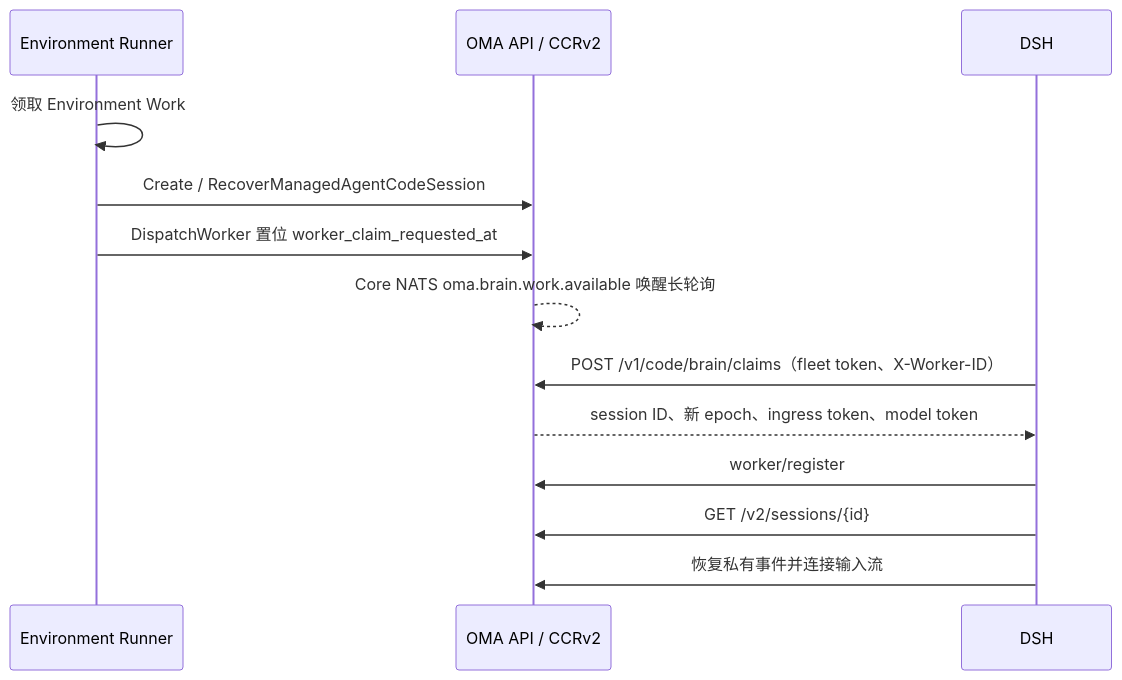
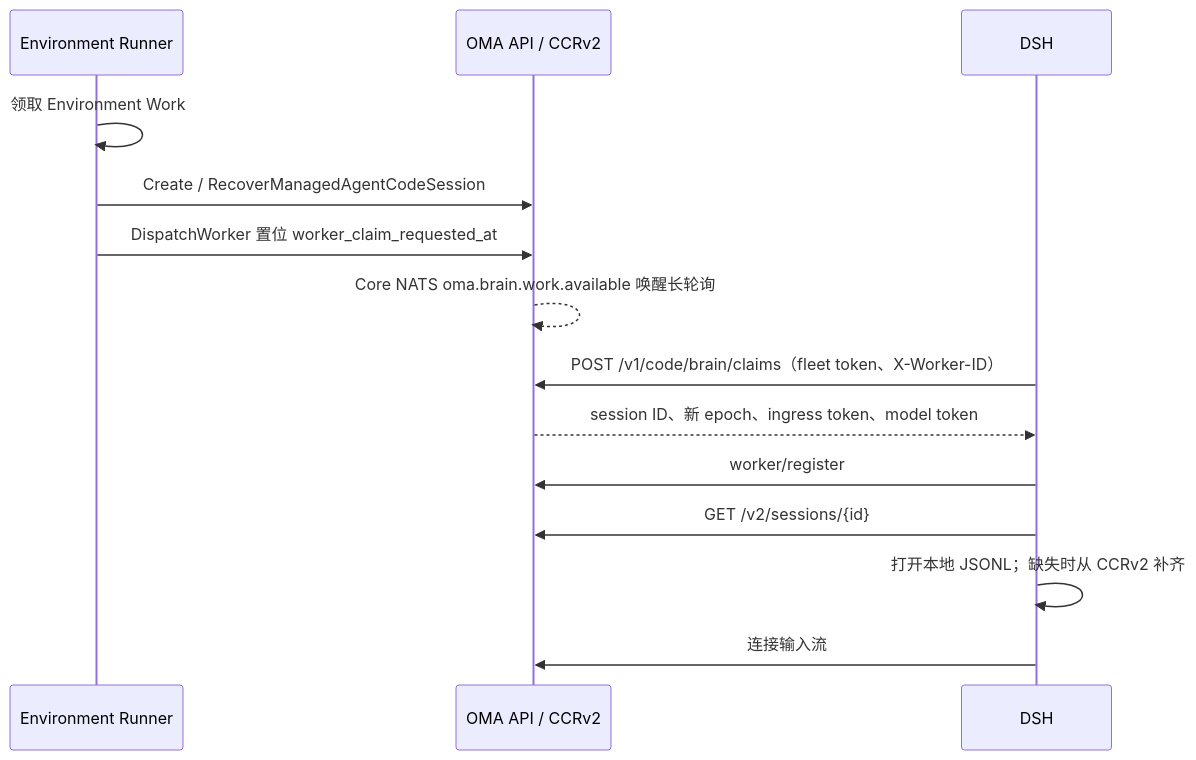
Before and after one commit to superduck-ai/open-managed-agents: the first of 9 diagrams in docs/design/be/brain-runtime.md, drawn with Mermaid. The commit also changed other lines of this file and 24 other files, not shown here.

Commit message:
refactor(brain): make native JSONL primary with CCRv2 replication

````diff
--- a/docs/design/be/brain-runtime.md
+++ b/docs/design/be/brain-runtime.md
@@ -9,15 +9,16 @@
 ```mermaid
 sequenceDiagram
     participant R as Environment Runner
     participant C as OMA API / CCRv2
     participant D as DSH
     R->>R: 领取 Environment Work
     R->>C: Create / RecoverManagedAgentCodeSession
     R->>C: DispatchWorker 置位 worker_claim_requested_at
     C-->>C: Core NATS oma.brain.work.available 唤醒长轮询
     D->>C: POST /v1/code/brain/claims（fleet token、X-Worker-ID）
     C-->>D: session ID、新 epoch、ingress token、model token
     D->>C: worker/register
     D->>C: GET /v2/sessions/{id}
-    D->>C: 恢复私有事件并连接输入流
+    D->>D: 打开本地 JSONL；缺失时从 CCRv2 补齐
+    D->>C: 连接输入流
 ```
````
